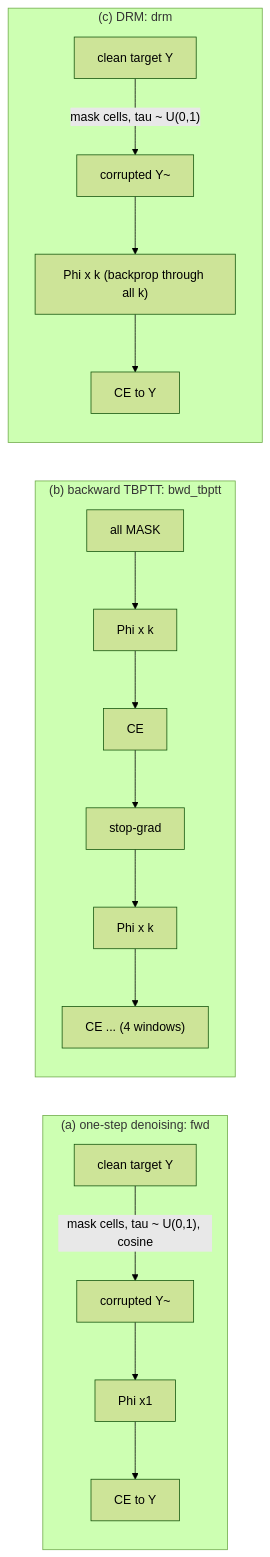
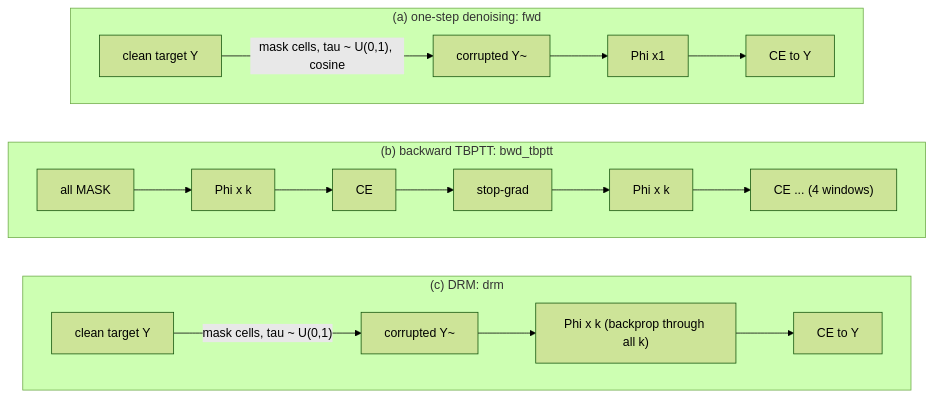
One commit to arman-dogru/drm-recursion-curriculum-microbench changed the first of 3 diagrams in docs/README.template.md. Above: the diagram before and after it, drawn with Mermaid (forest theme). The commit also changed other lines of this file and 1 other file, not shown here.

Commit message:
README template: ordered mermaid subgraphs, pipeline diagram incl. demo/claims/commit step, softened pilot claim; method.md lr grid

````diff
--- a/docs/README.template.md
+++ b/docs/README.template.md
@@ -22,14 +22,18 @@
 ```mermaid
-flowchart LR
+flowchart TB
   subgraph A["(a) one-step denoising: fwd"]
+    direction LR
     Y1[clean target Y] -->|"mask cells, tau ~ U(0,1), cosine"| N1[corrupted Y~]
     N1 --> P1["Phi x1"] --> L1[CE to Y]
   end
   subgraph B["(b) backward TBPTT: bwd_tbptt"]
+    direction LR
     M2[all MASK] --> P2["Phi x k"] --> L2a[CE] --> S2["stop-grad"] --> P2b["Phi x k"] --> L2b["CE ... (4 windows)"]
   end
   subgraph C["(c) DRM: drm"]
+    direction LR
     Y3[clean target Y] -->|"mask cells, tau ~ U(0,1)"| N3[corrupted Y~]
     N3 --> P3["Phi x k (backprop through all k)"] --> L3[CE to Y]
   end
+  A ~~~ B ~~~ C
 ```
````
